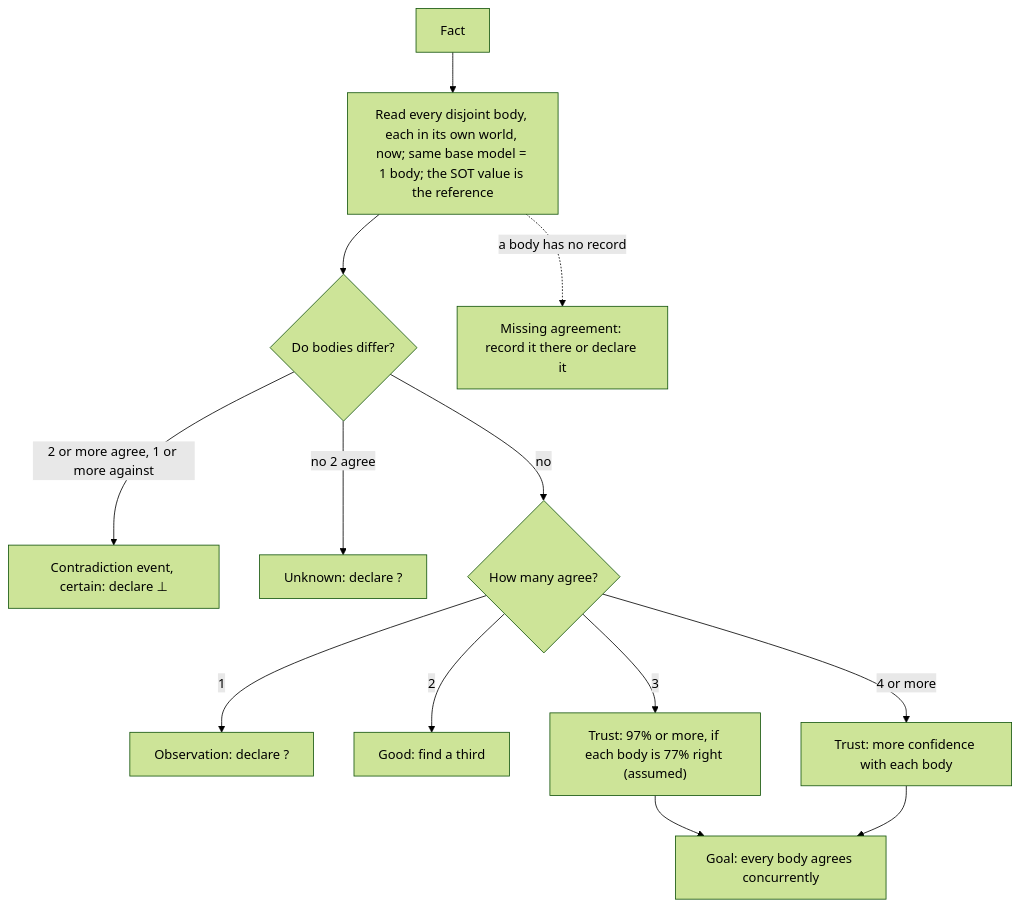
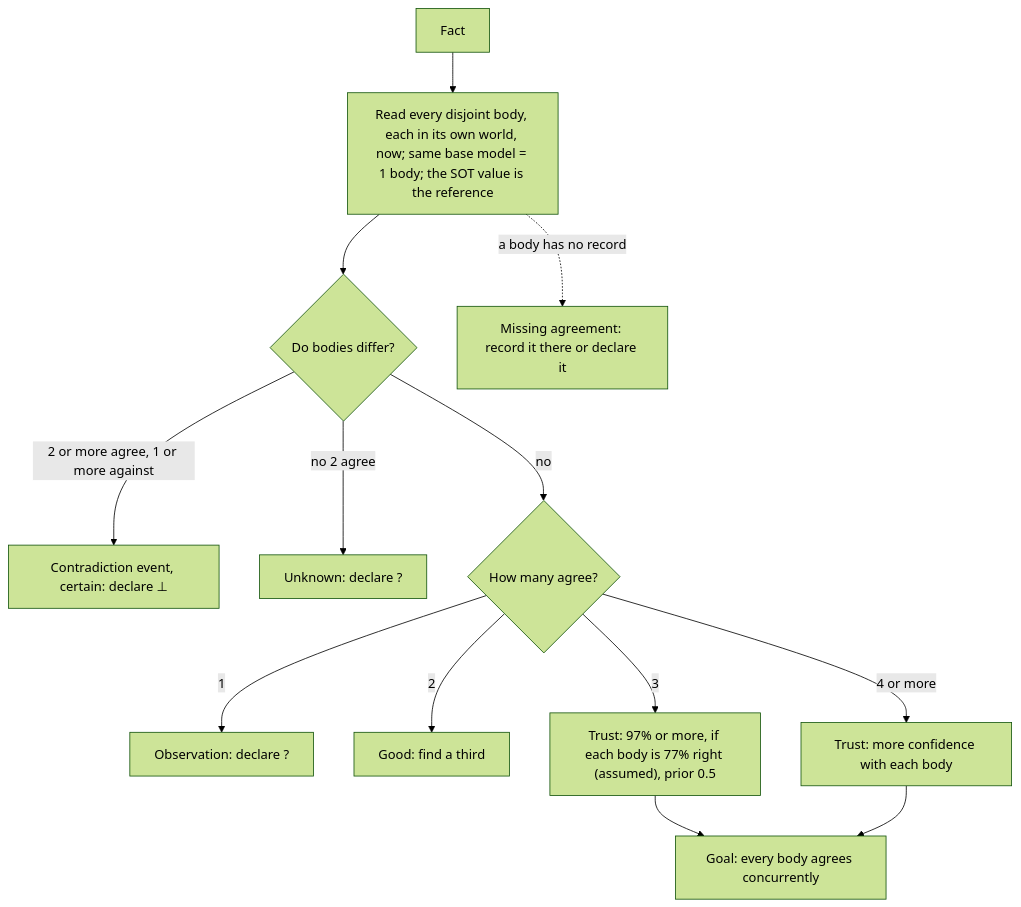
Before and after one commit to SolenixAI/arbiter: diagram 14 of 14 in AGENTS.md, drawn with Mermaid (forest theme). The commit also changed other lines of this file, not shown here.

````diff
--- a/AGENTS.md
+++ b/AGENTS.md
@@ -567,15 +576,15 @@
 ```mermaid
 flowchart TD
   F[Fact] --> B["Read every disjoint body, each in its own world, now; same base model = 1 body; the SOT value is the reference"]
   B --> D{Do bodies differ?}
   D -->|2 or more agree, 1 or more against| C["Contradiction event, certain: declare ⊥"]
   D -->|no 2 agree| U["Unknown: declare ?"]
   D -->|no| N{How many agree?}
   N -->|1| O["Observation: declare ?"]
   N -->|2| G[Good: find a third]
-  N -->|3| T["Trust: 97% or more, if each body is 77% right (assumed)"]
+  N -->|3| T["Trust: 97% or more, if each body is 77% right (assumed), prior 0.5"]
   N -->|4 or more| M[Trust: more confidence with each body]
   B -.->|a body has no record| Mi[Missing agreement: record it there or declare it]
   T --> Goal[Goal: every body agrees concurrently]
   M --> Goal
 ```
````
